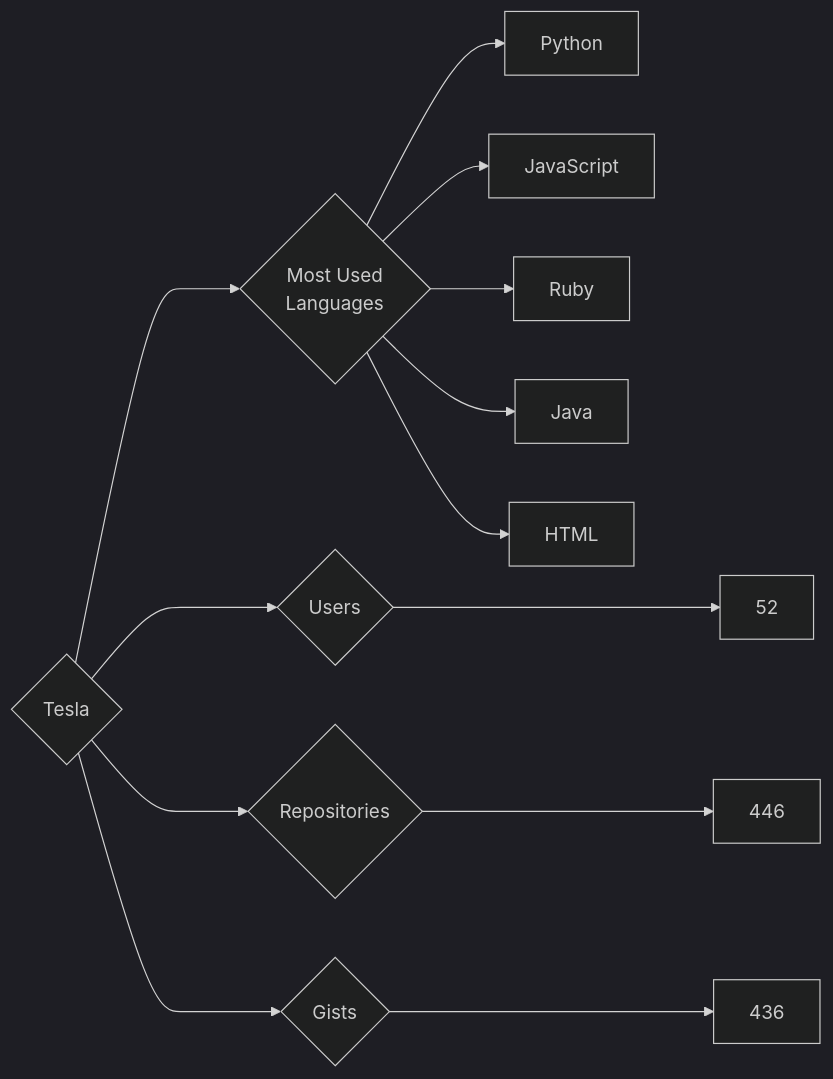
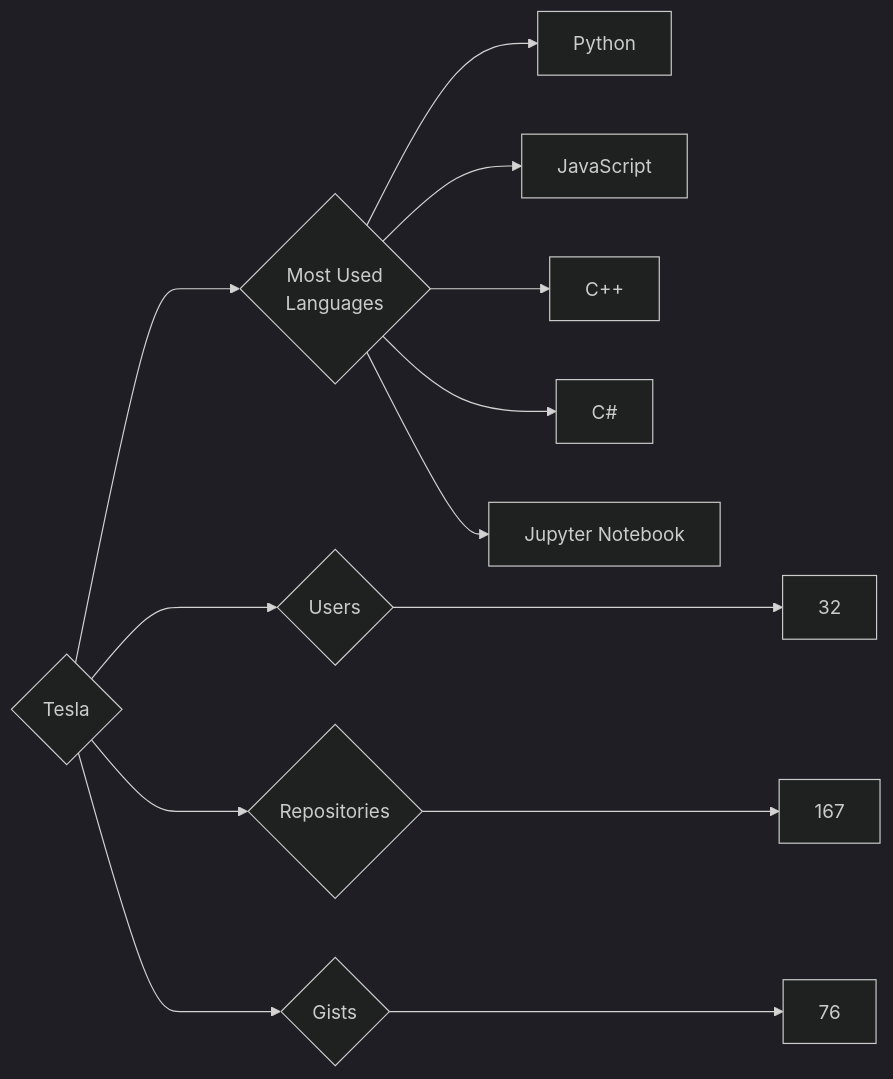
One commit to trickest/insiders changed the diagram in targets/Tesla/README.md. Above: the diagram before and after it, drawn with Mermaid (dark theme). The commit also changed 695 other files, not shown here.

````diff
--- a/targets/Tesla/README.md
+++ b/targets/Tesla/README.md
@@ -3,13 +3,13 @@
 ```mermaid
 graph LR
 COMPANY_NAME{Tesla}
-COMPANY_NAME ---> U{Users} ---> UN[52]
-COMPANY_NAME ---> R{Repositories} ---> RN[446]
-COMPANY_NAME ---> G{Gists} ---> GN[436]
+COMPANY_NAME ---> U{Users} ---> UN[32]
+COMPANY_NAME ---> R{Repositories} ---> RN[167]
+COMPANY_NAME ---> G{Gists} ---> GN[76]
 COMPANY_NAME ---> ML{Most Used<br>Languages}
 ML --> Python[Python]
 ML --> JavaScript[JavaScript]
-ML --> Ruby[Ruby]
-ML --> Java[Java]
-ML --> HTML[HTML]
+ML --> C++[C++]
+ML --> C#[C#]
+ML --> Jupyter_Notebook[Jupyter Notebook]
 ```
````
